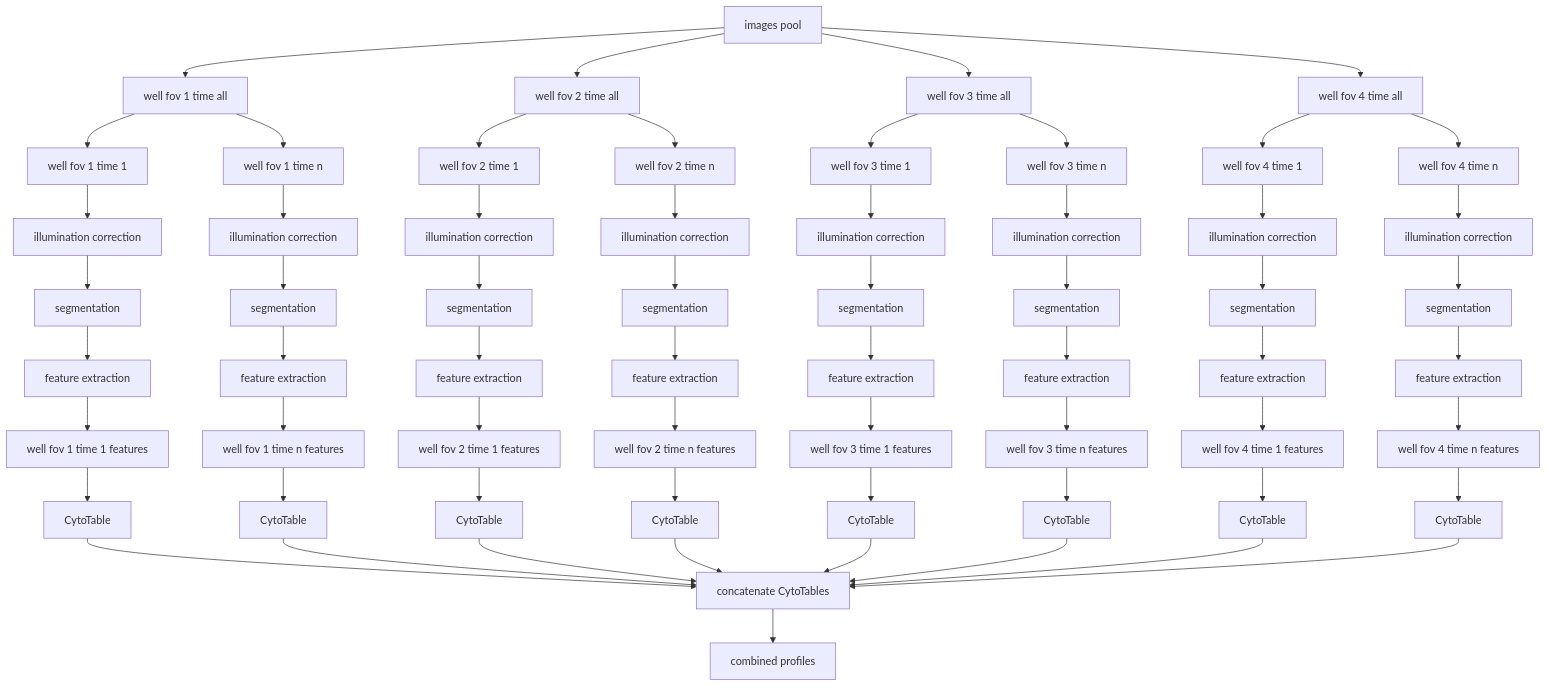
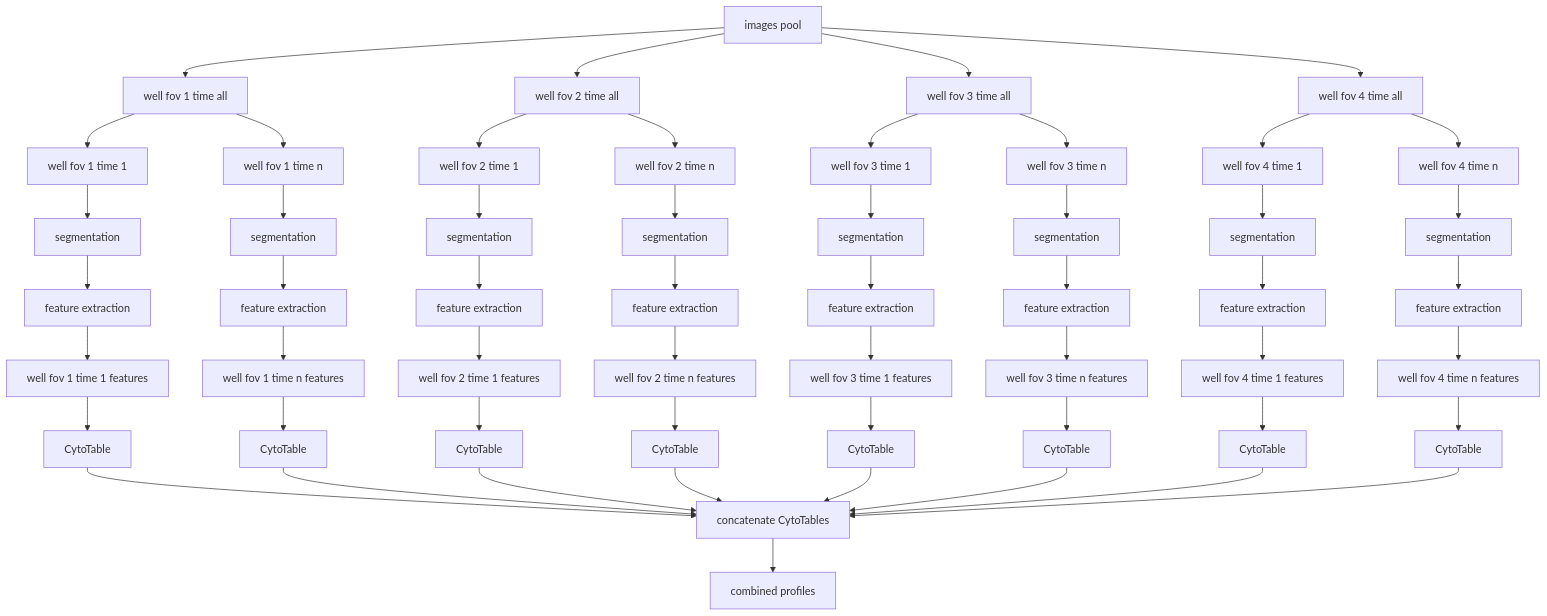
One commit to MikeLippincott/pyroptosis_live-cell_timelapse changed the diagram in Wave2_data/README.md. Above: the diagram before and after it, drawn with Mermaid. The commit also changed other lines of this file and 73 other files, not shown here.

````diff
--- a/Wave2_data/README.md
+++ b/Wave2_data/README.md
@@ -51,64 +71,56 @@
 ```mermaid
 graph TD
     A[images pool] --> B1[well fov 1 time all]
     A[images pool] --> B2[well fov 2 time all]
     A[images pool] --> B3[well fov 3 time all]
     A[images pool] --> B4[well fov 4 time all]
     B1 --> C1_1[well fov 1 time 1]
     B1 --> C1_2[well fov 1 time n]
     B2 --> C2_1[well fov 2 time 1]
     B2 --> C2_2[well fov 2 time n]
     B3 --> C3_1[well fov 3 time 1]
     B3 --> C3_2[well fov 3 time n]
     B4 --> C4_1[well fov 4 time 1]
     B4 --> C4_2[well fov 4 time n]
-    C1_1 --> D1[illumination correction]
-    C1_2 --> D2[illumination correction]
-    C2_1 --> D3[illumination correction]
-    C2_2 --> D4[illumination correction]
-    C3_1 --> D5[illumination correction]
-    C3_2 --> D6[illumination correction]
-    C4_1 --> D7[illumination correction]
-    C4_2 --> D8[illumination correction]
-    D1 --> E1[segmentation]
-    D2 --> E2[segmentation]
-    D3 --> E3[segmentation]
-    D4 --> E4[segmentation]
-    D5 --> E5[segmentation]
-    D6 --> E6[segmentation]
-    D7 --> E7[segmentation]
-    D8 --> E8[segmentation]
+    C1_1 --> E1[segmentation]
+    C1_2 --> E2[segmentation]
+    C2_1 --> E3[segmentation]
+    C2_2 --> E4[segmentation]
+    C3_1 --> E5[segmentation]
+    C3_2 --> E6[segmentation]
+    C4_1 --> E7[segmentation]
+    C4_2 --> E8[segmentation]
     E1 --> F1[feature extraction]
     E2 --> F2[feature extraction]
     E3 --> F3[feature extraction]
     E4 --> F4[feature extraction]
     E5 --> F5[feature extraction]
     E6 --> F6[feature extraction]
     E7 --> F7[feature extraction]
     E8 --> F8[feature extraction]
     F1 --> G1[well fov 1 time 1 features]
     F2 --> G2[well fov 1 time n features]
     F3 --> G3[well fov 2 time 1 features]
     F4 --> G4[well fov 2 time n features]
     F5 --> G5[well fov 3 time 1 features]
     F6 --> G6[well fov 3 time n features]
     F7 --> G7[well fov 4 time 1 features]
     F8 --> G8[well fov 4 time n features]
     G1 --> H1[CytoTable]
     G2 --> H2[CytoTable]
     G3 --> H3[CytoTable]
     G4 --> H4[CytoTable]
     G5 --> H5[CytoTable]
     G6 --> H6[CytoTable]
     G7 --> H7[CytoTable]
     G8 --> H8[CytoTable]
     H1 --> I1[concatenate CytoTables]
     H2 --> I1[concatenate CytoTables]
     H3 --> I1[concatenate CytoTables]
     H4 --> I1[concatenate CytoTables]
     H5 --> I1[concatenate CytoTables]
     H6 --> I1[concatenate CytoTables]
     H7 --> I1[concatenate CytoTables]
     H8 --> I1[concatenate CytoTables]
     I1 --> J1[combined profiles]
 ```
````
